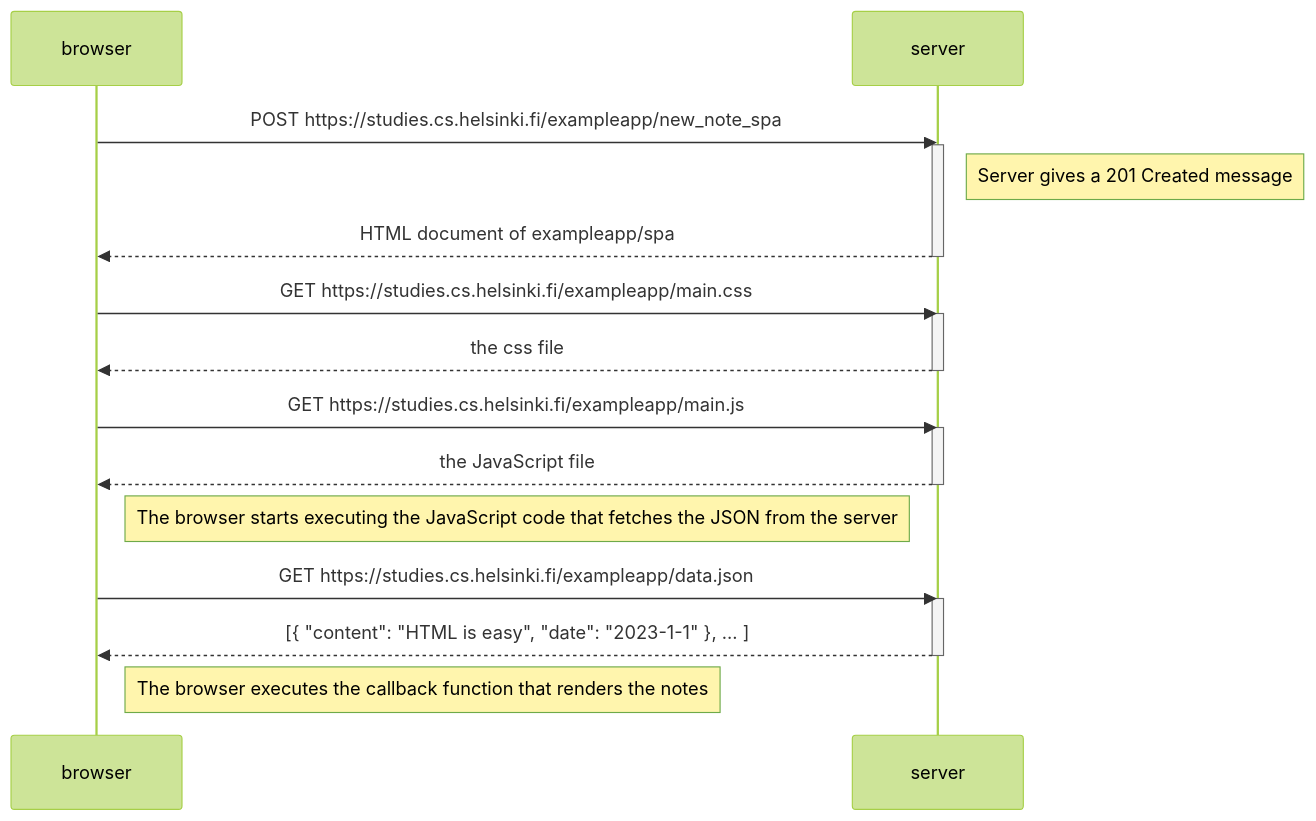
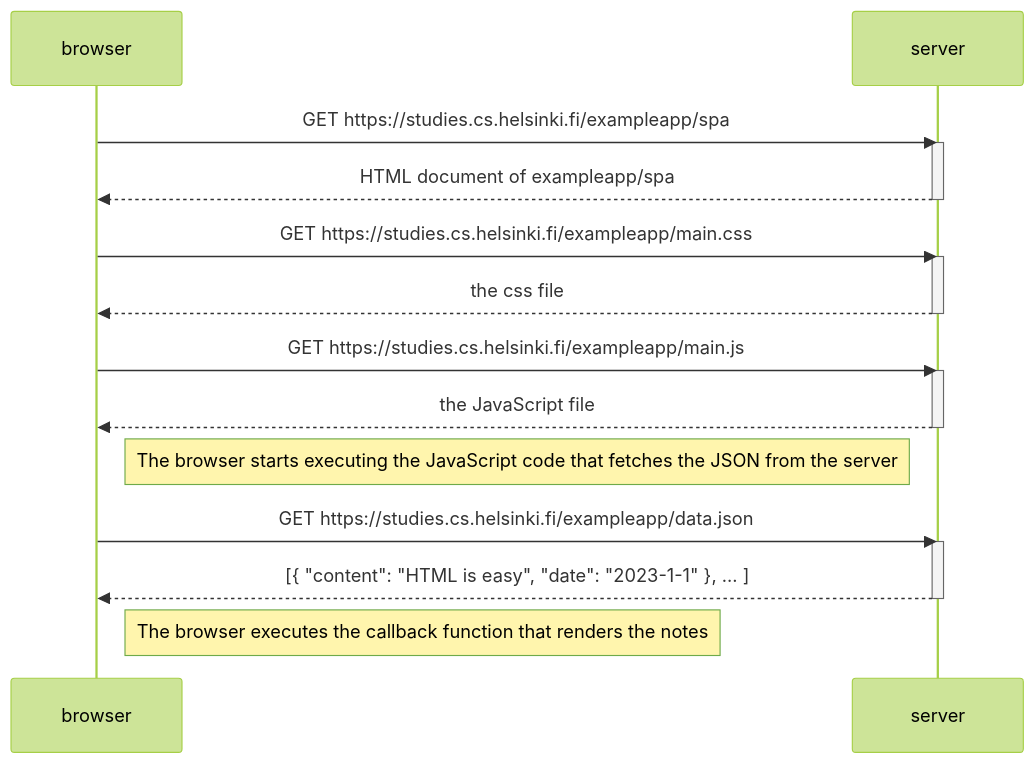
One commit to kanta8864/Full-Stack-Open-2023 changed the diagram in part0/part 0.5.md. Above: the diagram before and after it, drawn with Mermaid (forest theme).

Commit message:
Update part 0.5.md

````diff
--- a/part0/part 0.5.md
+++ b/part0/part 0.5.md
@@ -1,30 +1,29 @@
 ```mermaid
 sequenceDiagram
     participant browser
     participant server
 
-    browser->>server: POST https://studies.cs.helsinki.fi/exampleapp/new_note_spa
+    browser->>server: GET https://studies.cs.helsinki.fi/exampleapp/spa
     activate server
-    Note right of server: Server gives a 201 Created message
     server-->>browser: HTML document of exampleapp/spa
     deactivate server
 
     browser->>server: GET https://studies.cs.helsinki.fi/exampleapp/main.css
     activate server
     server-->>browser: the css file
     deactivate server
 
     browser->>server: GET https://studies.cs.helsinki.fi/exampleapp/main.js
     activate server
     server-->>browser: the JavaScript file
     deactivate server
 
     Note right of browser: The browser starts executing the JavaScript code that fetches the JSON from the server
 
     browser->>server: GET https://studies.cs.helsinki.fi/exampleapp/data.json
     activate server
     server-->>browser: [{ "content": "HTML is easy", "date": "2023-1-1" }, ... ]
     deactivate server
 
     Note right of browser: The browser executes the callback function that renders the notes
 ```
````
